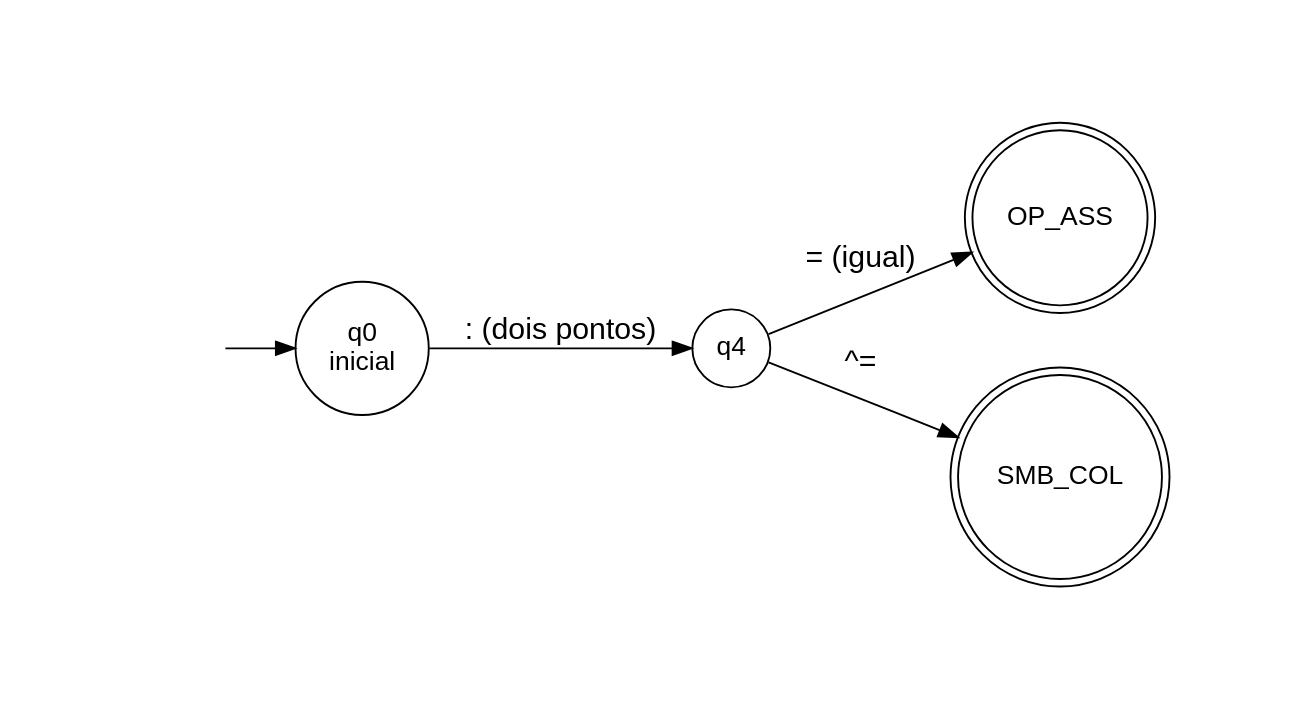
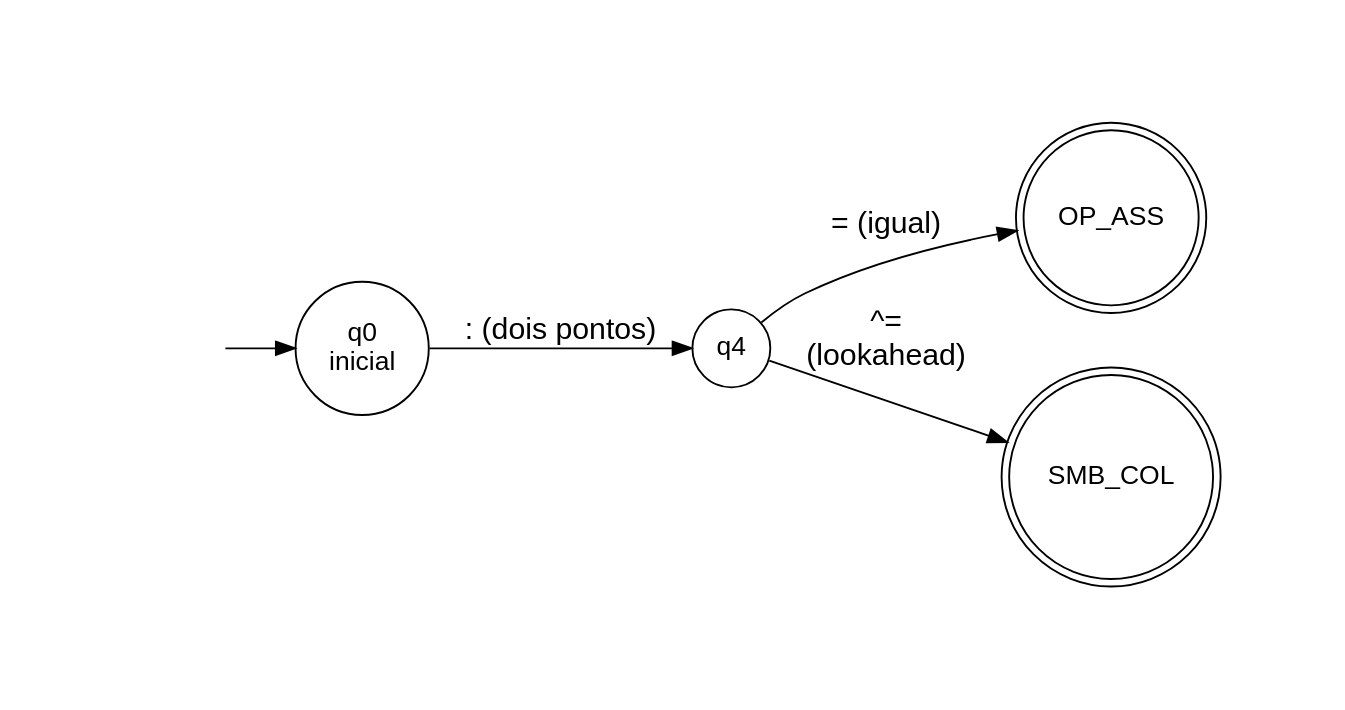
One commit to miguelhenriquecbl/LINGUAGENS-FORMAIS-AUT-MATOS-E-COMPILADORES changed the diagram in Trabalho/analisador-lexico/AFDs/codigo/afd_operador_atribuicao.dot. Above: the diagram before and after it, drawn with Graphviz. The commit also changed 4 other files, not shown here.

```diff
--- a/Trabalho/analisador-lexico/AFDs/codigo/afd_operador_atribuicao.dot
+++ b/Trabalho/analisador-lexico/AFDs/codigo/afd_operador_atribuicao.dot
@@ -1,34 +1,34 @@
 digraph afd_operador_atribuicao {
     rankdir=LR;
     nodesep=0.4;
     pad=0.8;
     node [shape=circle, fontname="Arial"];
     edge [fontname="Arial", fontsize=16];
 
     /* estado invisível pra seta de entrada */
     inicio [shape=none, label=""];
 
     /* Estado Inicial */
     q0 [label="q0\ninicial"];
 
     /* estados intermediários */
     q4 [label="q4"];
 
     /* estados finais — círculo duplo */
     node [shape=doublecircle];
 
     /* Operadores aritméticos */
     qOP_ASS [label="OP_ASS"]; /* := */
 
     /* Símbolos */
     qSMB_COL [label="SMB_COL"]; /* : */
 
     /* seta de entrada */
     inicio -> q0;
 
     /* q0 -> estados intermediários */
     q0 -> q4 [label=": (dois pontos)"]; 
     q4 -> qOP_ASS [label="= (igual)"]; 
-   q4 -> qSMB_COL [label="^="]; 
+   q4 -> qSMB_COL [label="^=\n(lookahead)"]; 
 
 }
```
